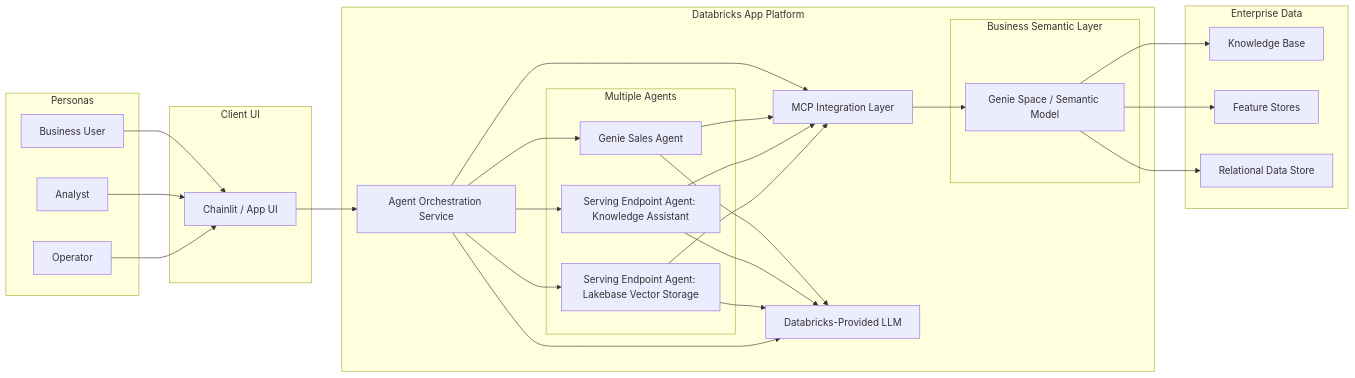
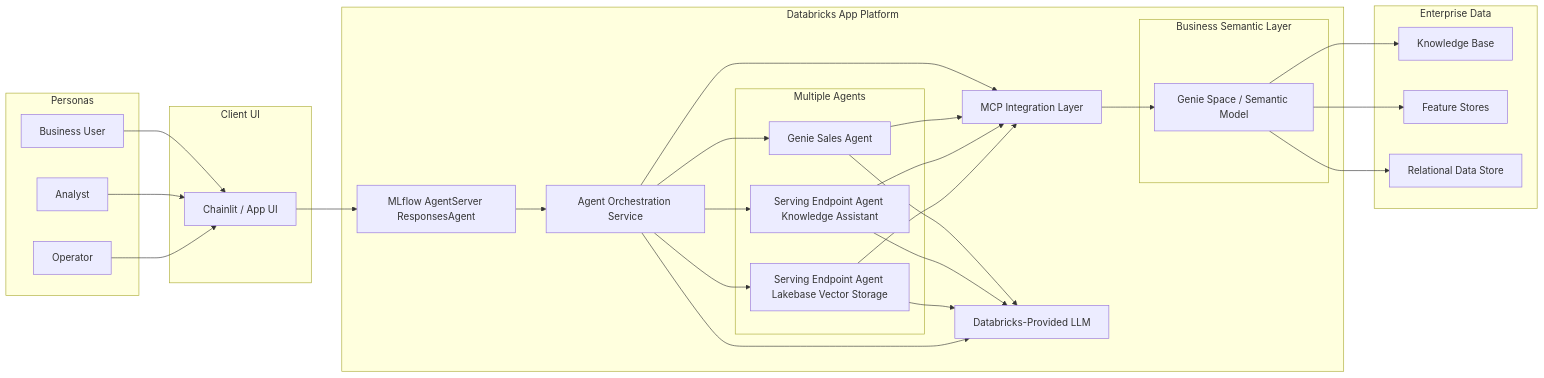
The first of 2 diagrams in docs/architecture.md (wchen-dea/Multi-Agent-App-On-Databricks), drawn with Mermaid before and after one commit. The commit also changed other lines of this file and 1 other file, not shown here.

````diff
--- a/docs/architecture.md
+++ b/docs/architecture.md
@@ -34,58 +34,60 @@
 ```mermaid
 flowchart LR
     subgraph Personas[Personas]
         P1[Business User]
         P2[Analyst]
         P3[Operator]
     end
 
     subgraph Client[Client UI]
         UI[Chainlit / App UI]
     end
 
     subgraph Platform[Databricks App Platform]
+        AS[MLflow AgentServer ResponsesAgent]
         ORCH[Agent Orchestration Service]
         MCP[MCP Integration Layer]
         LLM[Databricks-Provided LLM]
 
         subgraph Agents[Multiple Agents]
             A1[Genie Sales Agent]
-            A2[Serving Endpoint Agent: Knowledge Assistant]
-            A3[Serving Endpoint Agent: Lakebase Vector Storage]
+            A2[Serving Endpoint Agent Knowledge Assistant]
+            A3[Serving Endpoint Agent Lakebase Vector Storage]
         end
 
         subgraph Semantic[Business Semantic Layer]
             BSL[Genie Space / Semantic Model]
         end
     end
 
     subgraph Data[Enterprise Data]
         KB[Knowledge Base]
         FS[Feature Stores]
         RDS[Relational Data Store]
     end
 
     P1 --> UI
     P2 --> UI
     P3 --> UI
 
-    UI --> ORCH
+    UI --> AS
+    AS --> ORCH
     ORCH --> A1
     ORCH --> A2
     ORCH --> A3
 
     A1 --> LLM
     A2 --> LLM
     A3 --> LLM
     ORCH --> LLM
 
     ORCH --> MCP
     MCP --> BSL
     BSL --> KB
     BSL --> FS
     BSL --> RDS
 
     A1 --> MCP
     A2 --> MCP
     A3 --> MCP
 ```
````
